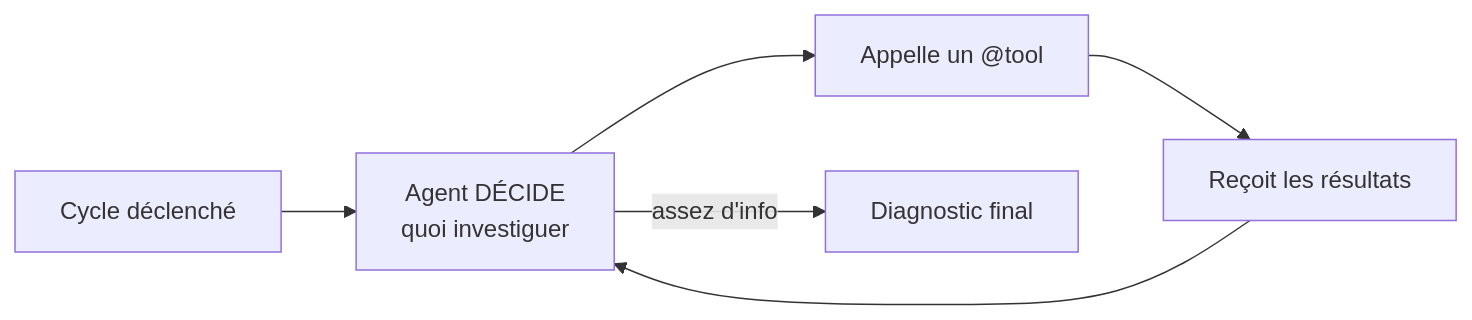
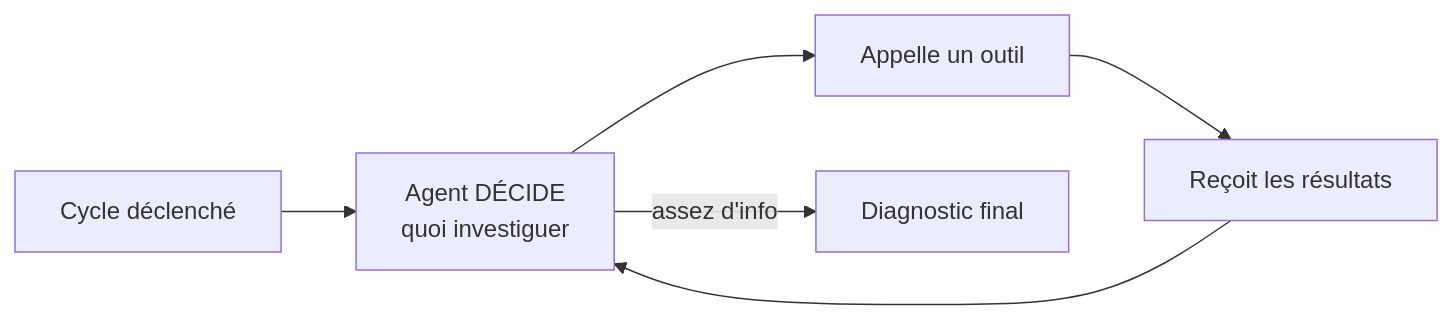
The third of 6 diagrams in README.md (RIKIEL-K/monitoring-ia), drawn with Mermaid before and after one commit. The commit also changed other lines of this file, not shown here.

````diff
--- a/README.md
+++ b/README.md
@@ -75,8 +77,8 @@
 ```mermaid
 flowchart LR
     B1["Cycle déclenché"] --> B2["Agent DÉCIDE\nquoi investiguer"]
-    B2 --> B3["Appelle un @tool"]
+    B2 --> B3["Appelle un outil"]
     B3 --> B4["Reçoit les résultats"]
     B4 --> B2
     B2 -->|"assez d'info"| B5["Diagnostic final"]
 ```
````
